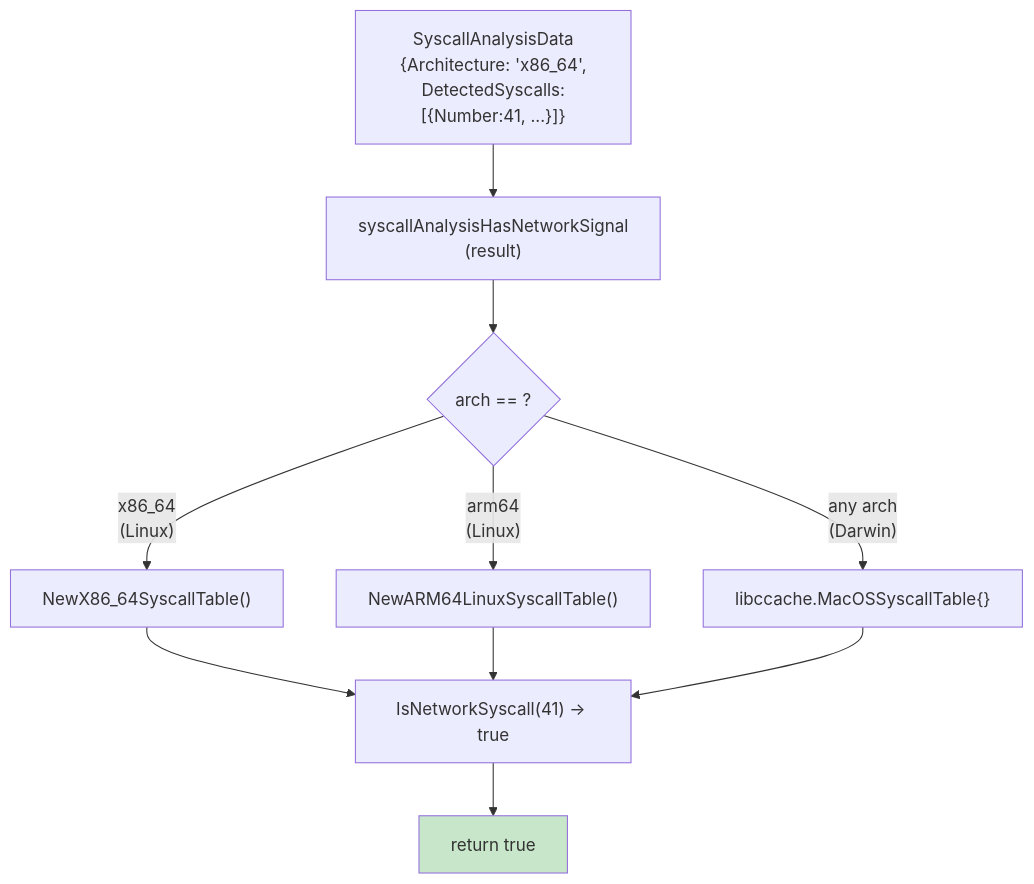
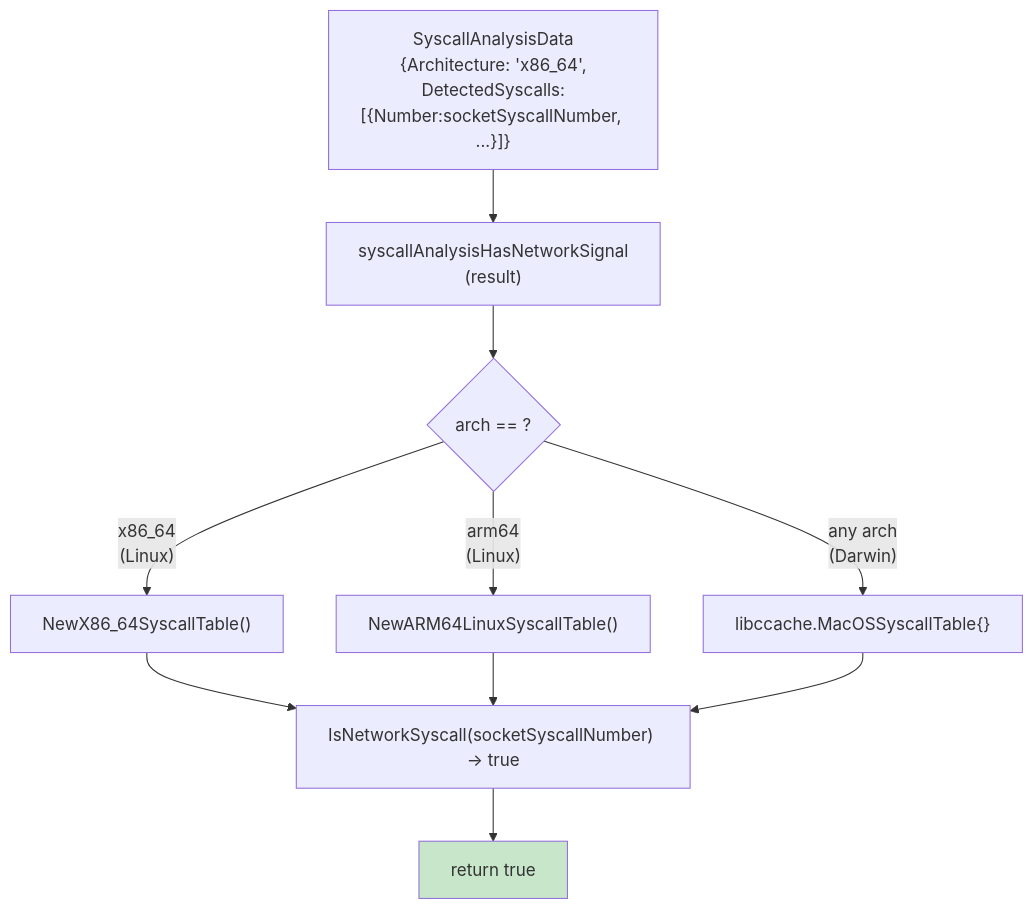
One commit to isseis/go-safe-cmd-runner changed the third of 6 diagrams in docs/tasks/0110_remove_record_risk_classification/02_architecture.md. Above: the diagram before and after it, drawn with Mermaid. The commit also changed other lines of this file and 2 other files, not shown here.

````diff
--- a/docs/tasks/0110_remove_record_risk_classification/02_architecture.md
+++ b/docs/tasks/0110_remove_record_risk_classification/02_architecture.md
@@ -132,23 +133,23 @@
 ```mermaid
 flowchart TD
-    A["SyscallAnalysisData<br>{Architecture: 'x86_64',<br> DetectedSyscalls: [{Number:41, ...}]}"]
+    A["SyscallAnalysisData<br>{Architecture: 'x86_64',<br> DetectedSyscalls: [{Number:socketSyscallNumber, ...}]}"]
     B["syscallAnalysisHasNetworkSignal<br>(result)"]
     C{"arch == ?"}
     D["NewX86_64SyscallTable()"]
     E["NewARM64LinuxSyscallTable()"]
     F["libccache.MacOSSyscallTable{}"]
-    G["IsNetworkSyscall(41) → true"]
+    G["IsNetworkSyscall(socketSyscallNumber) → true"]
     H["return true"]
 
     A --> B
     B --> C
     C -- "x86_64<br>(Linux)" --> D
     C -- "arm64<br>(Linux)" --> E
     C -- "any arch<br>(Darwin)" --> F
     D --> G
     E --> G
     F --> G
     G --> H
 
     style H fill:#c8e6c9
 ```
````
